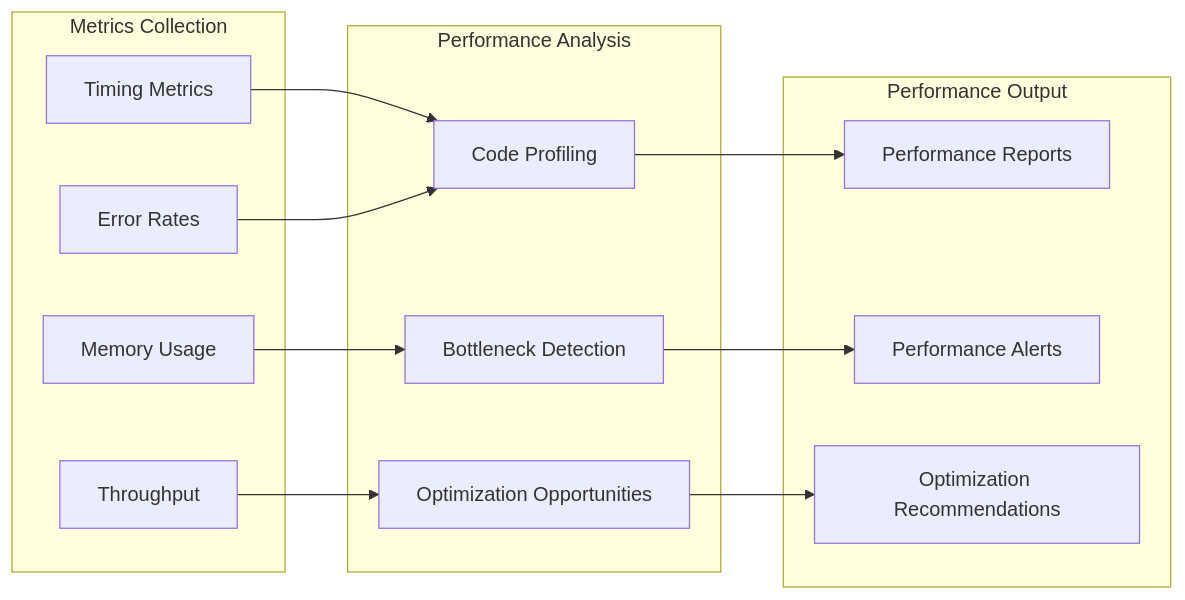
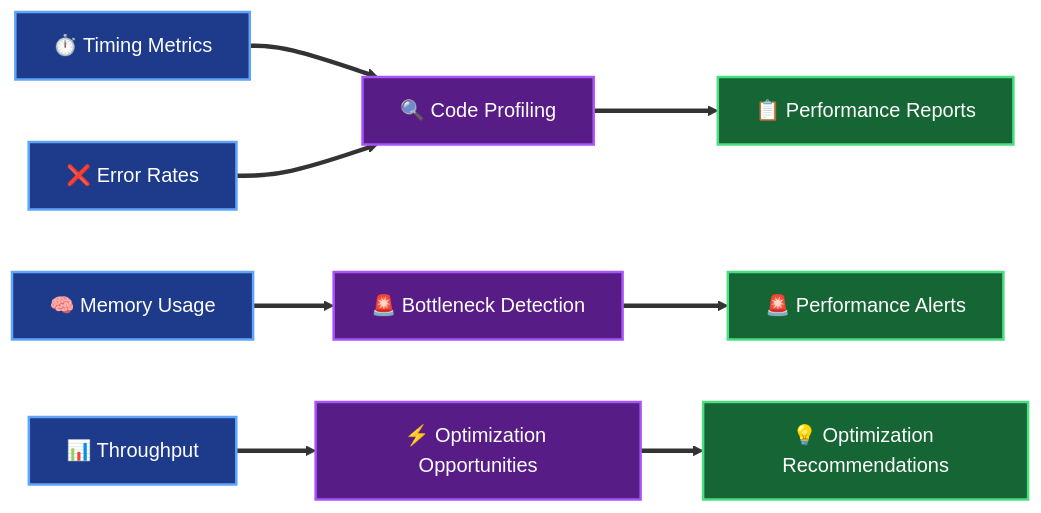
Before and after one commit to usathyan/paper-qa-ui: diagram 15 of 18 in docs/DEVELOPER.md, drawn with Mermaid. The commit also changed other lines of this file, not shown here.

````diff
--- a/docs/DEVELOPER.md
+++ b/docs/DEVELOPER.md
@@ -842,30 +847,37 @@
 ```mermaid
-graph LR
-    subgraph "Metrics Collection"
-        TIMING[Timing Metrics]
-        MEMORY[Memory Usage]
-        THROUGHPUT[Throughput]
-        ERRORS[Error Rates]
-    end
+flowchart LR
+    %% Metrics Collection
+    TIMING[⏱️ Timing Metrics]
+    MEMORY[🧠 Memory Usage]
+    THROUGHPUT[📊 Throughput]
+    ERRORS[❌ Error Rates]
     
-    subgraph "Performance Analysis"
-        PROFILING[Code Profiling]
-        BOTTLENECKS[Bottleneck Detection]
-        OPTIMIZATION[Optimization Opportunities]
-    end
+    %% Performance Analysis
+    PROFILING[🔍 Code Profiling]
+    BOTTLENECKS[🚨 Bottleneck Detection]
+    OPTIMIZATION[⚡ Optimization Opportunities]
     
-    subgraph "Performance Output"
-        REPORTS[Performance Reports]
-        ALERTS[Performance Alerts]
-        RECOMMENDATIONS[Optimization Recommendations]
-    end
+    %% Performance Output
+    REPORTS[📋 Performance Reports]
+    ALERTS[🚨 Performance Alerts]
+    RECOMMENDATIONS[💡 Optimization Recommendations]
     
-    TIMING --> PROFILING
-    MEMORY --> BOTTLENECKS
-    THROUGHPUT --> OPTIMIZATION
-    ERRORS --> PROFILING
+    %% Flow
+    TIMING ==> PROFILING
+    MEMORY ==> BOTTLENECKS
+    THROUGHPUT ==> OPTIMIZATION
+    ERRORS ==> PROFILING
     
-    PROFILING --> REPORTS
-    BOTTLENECKS --> ALERTS
-    OPTIMIZATION --> RECOMMENDATIONS
+    PROFILING ==> REPORTS
+    BOTTLENECKS ==> ALERTS
+    OPTIMIZATION ==> RECOMMENDATIONS
+    
+    %% Styling
+    classDef metricsStyle fill:#1e3a8a,stroke:#60a5fa,stroke-width:2px,color:#ffffff
+    classDef analysisStyle fill:#581c87,stroke:#a855f7,stroke-width:2px,color:#ffffff
+    classDef outputStyle fill:#166534,stroke:#4ade80,stroke-width:2px,color:#ffffff
+    
+    class TIMING,MEMORY,THROUGHPUT,ERRORS metricsStyle
+    class PROFILING,BOTTLENECKS,OPTIMIZATION analysisStyle
+    class REPORTS,ALERTS,RECOMMENDATIONS outputStyle
 ```
````
